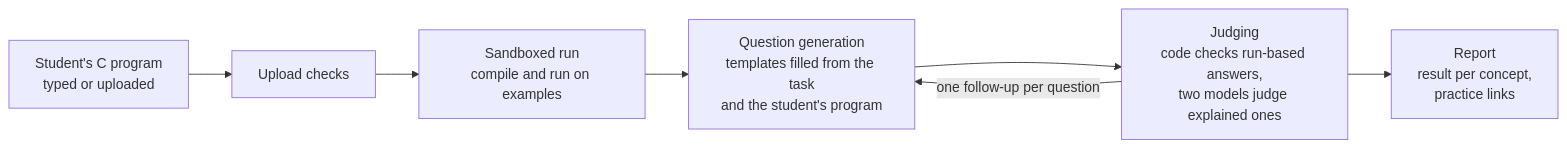
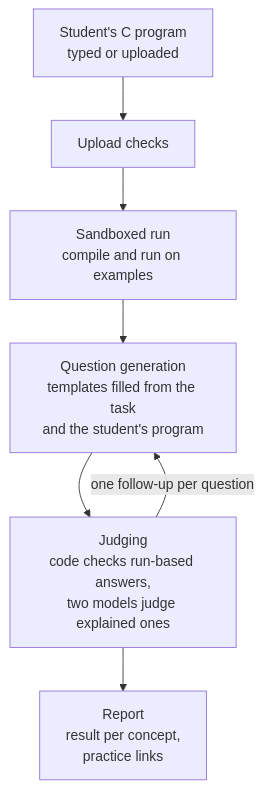
One commit to nabeegh-khan/nabeegh-khan changed the diagram in README.md. Above: the diagram before and after it, drawn with Mermaid.

Commit message:
README: cAIro diagram top-down so it stays legible in the profile column

````diff
--- a/README.md
+++ b/README.md
@@ -21,9 +21,9 @@
 ```mermaid
-flowchart LR
+flowchart TD
     A["Student's C program<br/>typed or uploaded"] --> B["Upload checks"]
     B --> C["Sandboxed run<br/>compile and run on examples"]
     C --> D["Question generation<br/>templates filled from the task<br/>and the student's program"]
     D --> E["Judging<br/>code checks run-based answers,<br/>two models judge explained ones"]
     E -->|"one follow-up per question"| D
     E --> F["Report<br/>result per concept,<br/>practice links"]
 ```
````
